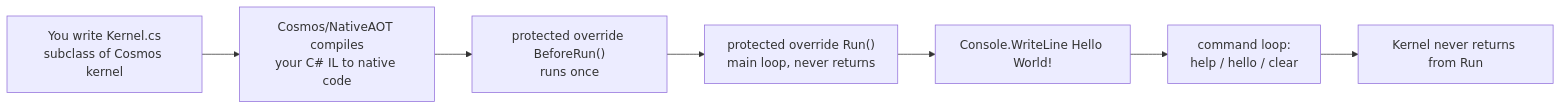
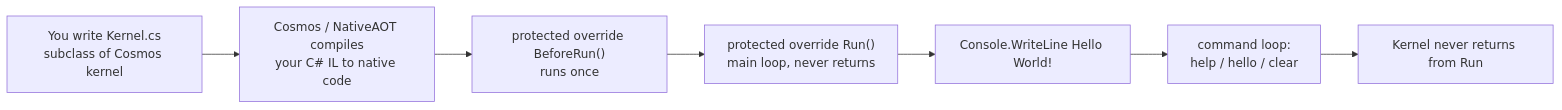
The diagram in docs/synthesized_tutorials/05-csharp/README.md (blivodev/OSDev-Tutorial-Site), drawn with Mermaid before and after one commit. The commit also changed other lines of this file and 11 other files, not shown here.

````diff
--- a/docs/synthesized_tutorials/05-csharp/README.md
+++ b/docs/synthesized_tutorials/05-csharp/README.md
@@ -26,9 +102,9 @@
 ```mermaid
 flowchart LR
-    A[You write Kernel.cs<br/>subclass of Cosmos kernel] --> B["Cosmos/NativeAOT compiles<br/>your C# IL to native code"]
+    A[You write Kernel.cs<br/>subclass of Cosmos kernel] --> B["Cosmos / NativeAOT compiles<br/>your C# IL to native code"]
     B --> C["protected override BeforeRun()<br/>runs once"]
     C --> D["protected override Run()<br/>main loop, never returns"]
     D --> E[Console.WriteLine Hello World!]
     E --> F[command loop:<br/>help / hello / clear]
     F --> G[Kernel never returns from Run]
 ```
````
